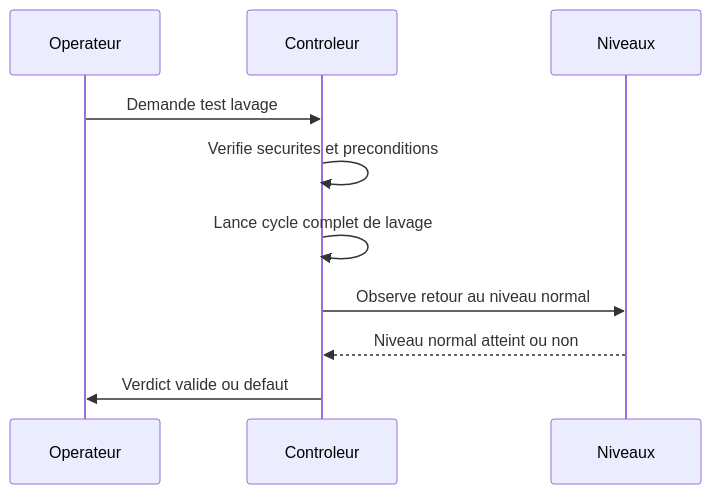
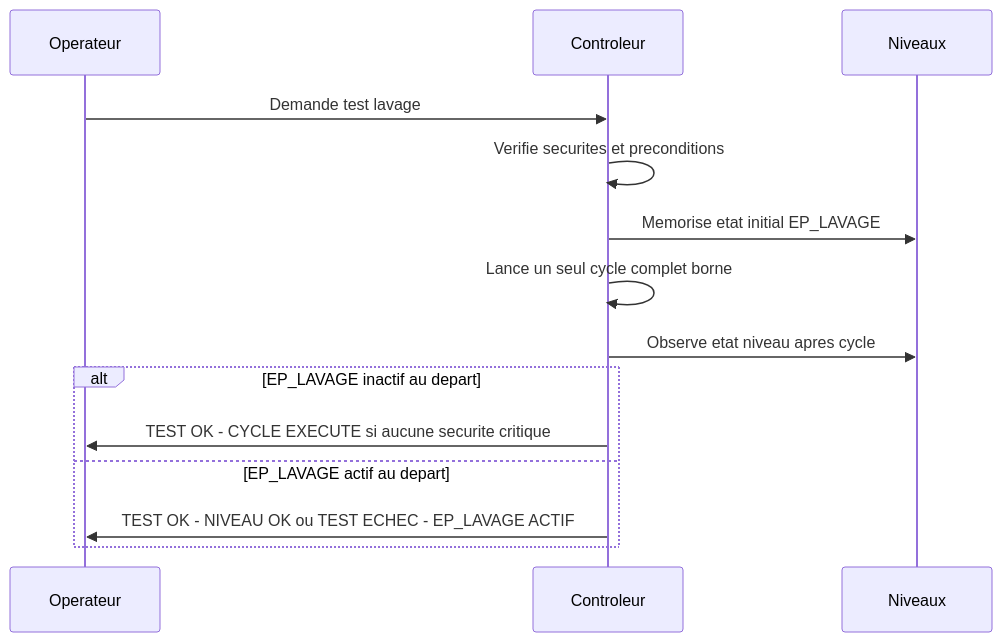
The second of 3 diagrams in docs/specification/02-exigences-fonctionnelles.md (elbuey76/DrumFilterController), drawn with Mermaid before and after one commit. The commit also changed other lines of this file and 18 other files, not shown here.

````diff
--- a/docs/specification/02-exigences-fonctionnelles.md
+++ b/docs/specification/02-exigences-fonctionnelles.md
@@ -503,13 +686,17 @@
 ```mermaid
 sequenceDiagram
     participant Op as Operateur
     participant Ctrl as Controleur
     participant N as Niveaux
 
     Op->>Ctrl: Demande test lavage
     Ctrl->>Ctrl: Verifie securites et preconditions
-    Ctrl->>Ctrl: Lance cycle complet de lavage
-    Ctrl->>N: Observe retour au niveau normal
-    N-->>Ctrl: Niveau normal atteint ou non
-    Ctrl->>Op: Verdict valide ou defaut
+    Ctrl->>N: Memorise etat initial EP_LAVAGE
+    Ctrl->>Ctrl: Lance un seul cycle complet borne
+    Ctrl->>N: Observe etat niveau apres cycle
+    alt EP_LAVAGE inactif au depart
+        Ctrl->>Op: TEST OK - CYCLE EXECUTE si aucune securite critique
+    else EP_LAVAGE actif au depart
+        Ctrl->>Op: TEST OK - NIVEAU OK ou TEST ECHEC - EP_LAVAGE ACTIF
+    end
 ```
````
